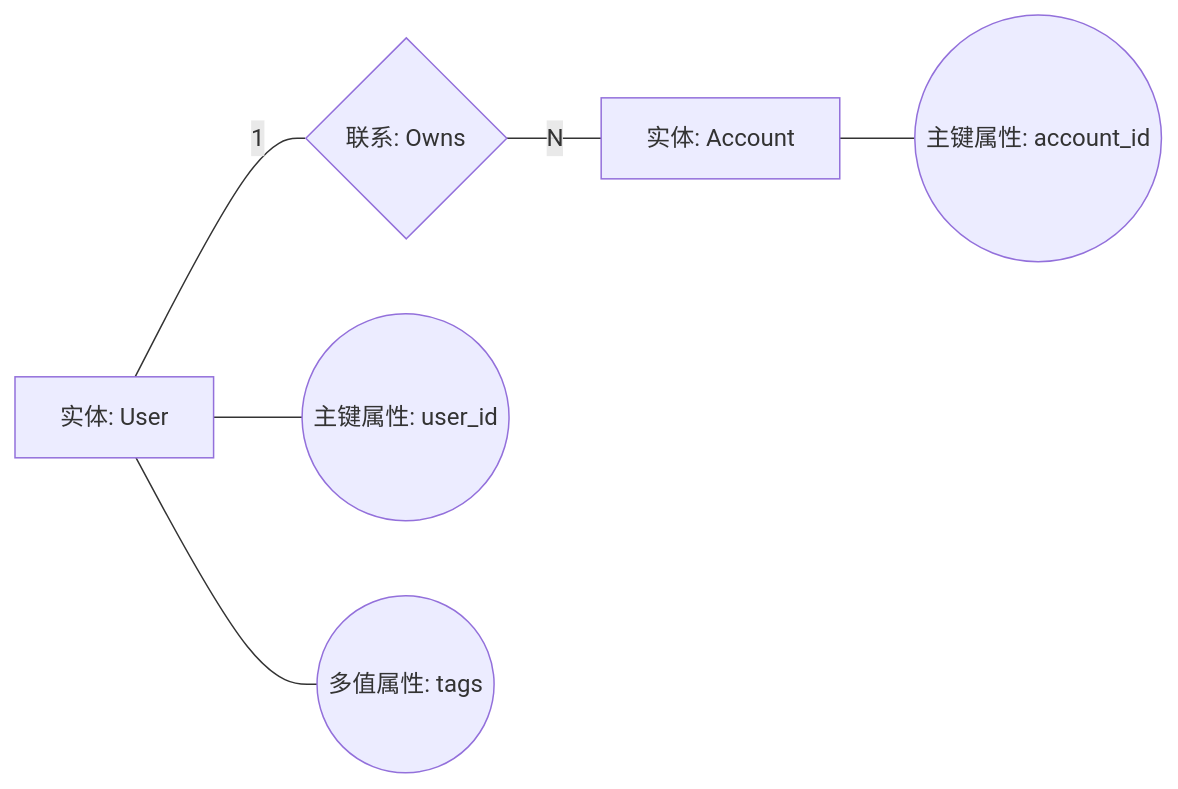
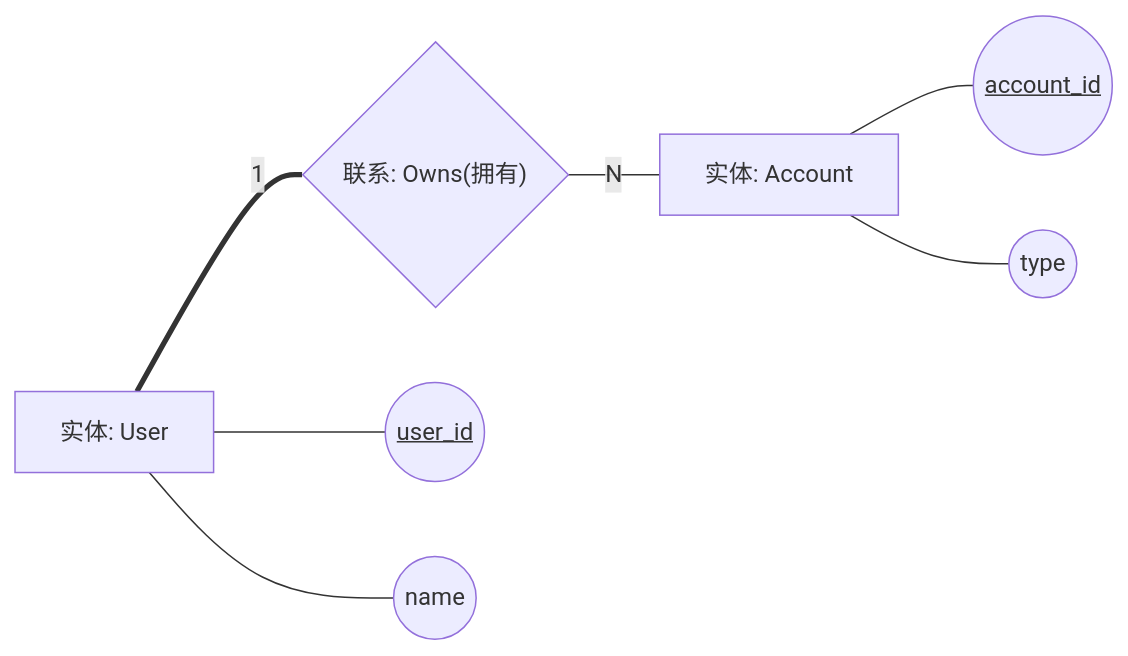
The diagram in Arc/arc:uml/references/notation-standards.md (iwen-conf/Skills), drawn with Mermaid before and after one commit. The commit also changed other lines of this file, not shown here.

Commit message:
docs(uml): enforce standard Chen ER drawing rules and constraints

````diff
--- a/Arc/arc:uml/references/notation-standards.md
+++ b/Arc/arc:uml/references/notation-standards.md
@@ -28,15 +39,19 @@
 ```mermaid
 flowchart LR
   user["实体: User"]
-  owns{"联系: Owns"}
+  owns{"联系: Owns(拥有)"}
   account["实体: Account"]
-  user_id((主键属性: user_id))
-  account_id((主键属性: account_id))
-  tags((多值属性: tags))
+  
+  user_id((<u>user_id</u>))
+  user_name((name))
+  account_id((<u>account_id</u>))
+  account_type((type))
 
-  user ---|1| owns
+  user ===|1| owns
   owns ---|N| account
+  
   user --- user_id
+  user --- user_name
   account --- account_id
-  user --- tags
+  account --- account_type
 ```
````
